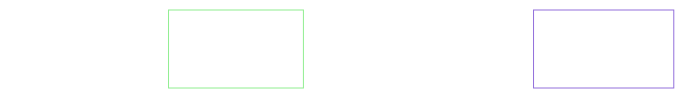
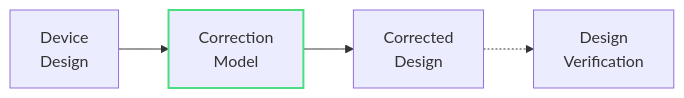
The second of 3 diagrams in docs/fab_aware_design.md (PreFab-Photonics/PreFab), drawn with Mermaid before and after one commit. The commit also changed other lines of this file, not shown here.

Commit message:
Update diagram colours for light/dark mode

````diff
--- a/docs/fab_aware_design.md
+++ b/docs/fab_aware_design.md
@@ -65,11 +61,7 @@
 ```mermaid
 flowchart LR
     A[Device<br>Design] --> B[Correction<br>Model]
     B --> C[Corrected<br>Design]
     C -.-> D[Design<br>Verification]
-    style A fill:none,color:white,stroke:white
-    style B fill:none,color:white,stroke:lightgreen
-    style C fill:none,color:white,stroke:white
-    style D fill:none,color:white
-    linkStyle default stroke:white
+    style B stroke:#4ade80,stroke-width:2px
 ```
````
